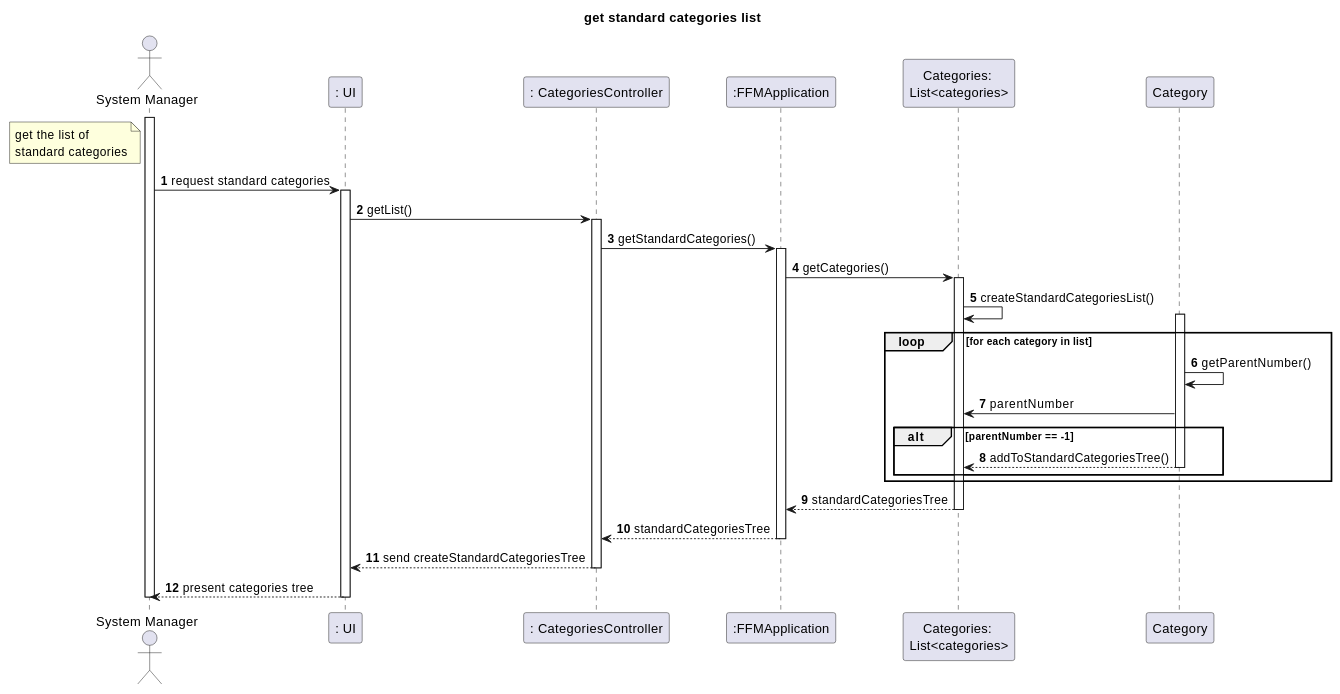
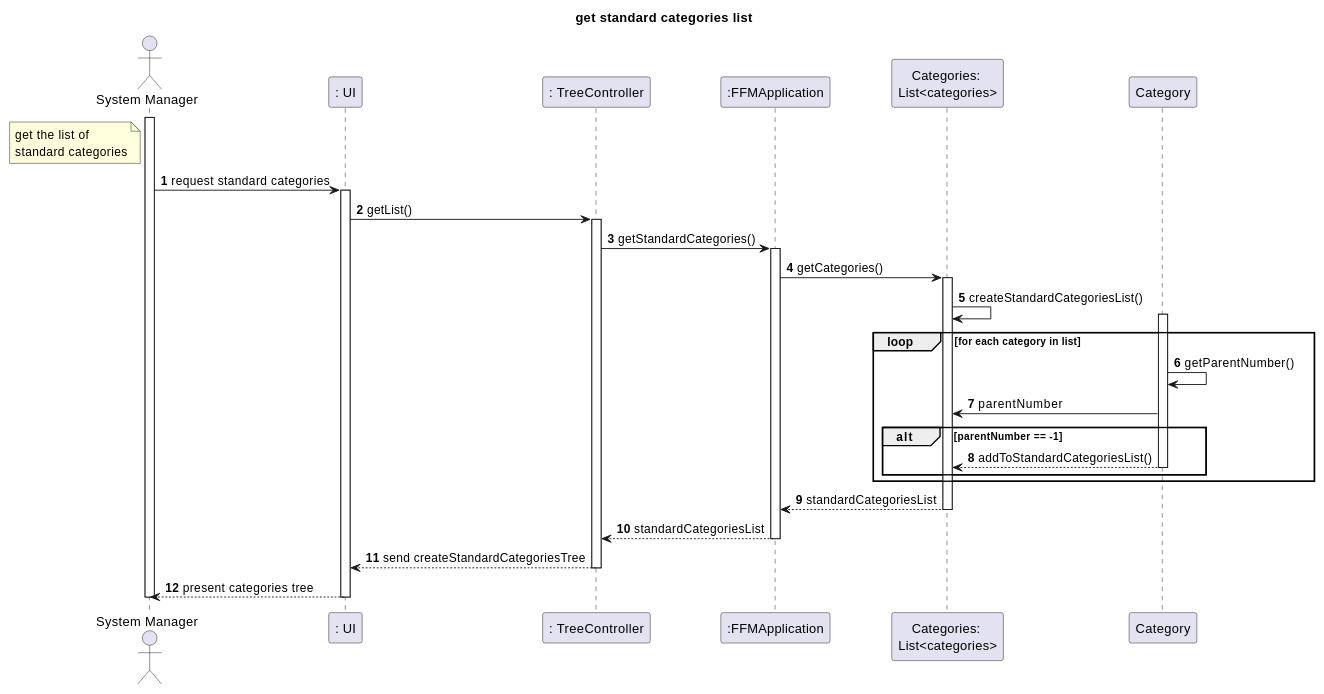
Before and after one commit to tomas-osswald/switch_2020_g3: the diagram in docs/Get Standard Categories US002.md, drawn with PlantUML. The commit also changed other lines of this file and 3 other files, not shown here.

`````diff
--- a/docs/Get Standard Categories US002.md
+++ b/docs/Get Standard Categories US002.md
@@ -29,41 +38,40 @@
 ````puml
 autonumber
 title get standard categories list
 actor "System Manager" as systemManager
 participant ": UI" as ui
-participant ": CategoriesController" as controller
+participant ": TreeController" as controller
 participant ":FFMApplication" as app
 participant "Categories: \nList<categories>" as list
 participant "Category" as category
-
 note left of systemManager:  get the list of \nstandard categories
 activate systemManager
 systemManager -> ui : request standard categories
 activate ui
 ui -> controller : getList()
 activate controller
 controller -> app : getStandardCategories()
 activate app
 app -> list : getCategories()
 activate list
 list -> list : createStandardCategoriesList()
 loop for each category in list
 activate category
          category -> category: getParentNumber()
          category -> list : parentNumber
          alt parentNumber == -1
-         category --> list : addToStandardCategoriesTree()
+         category --> list : addToStandardCategoriesList()
          deactivate category
         end
        end
-list --> app : standardCategoriesTree
+list --> app : standardCategoriesList
 deactivate list
-app --> controller : standardCategoriesTree
+app --> controller : standardCategoriesList
 deactivate app
 controller --> ui :send createStandardCategoriesTree
 deactivate controller
 ui --> systemManager : present categories tree
 deactivate ui
 deactivate systemManager
 @enduml
 ````
`````
